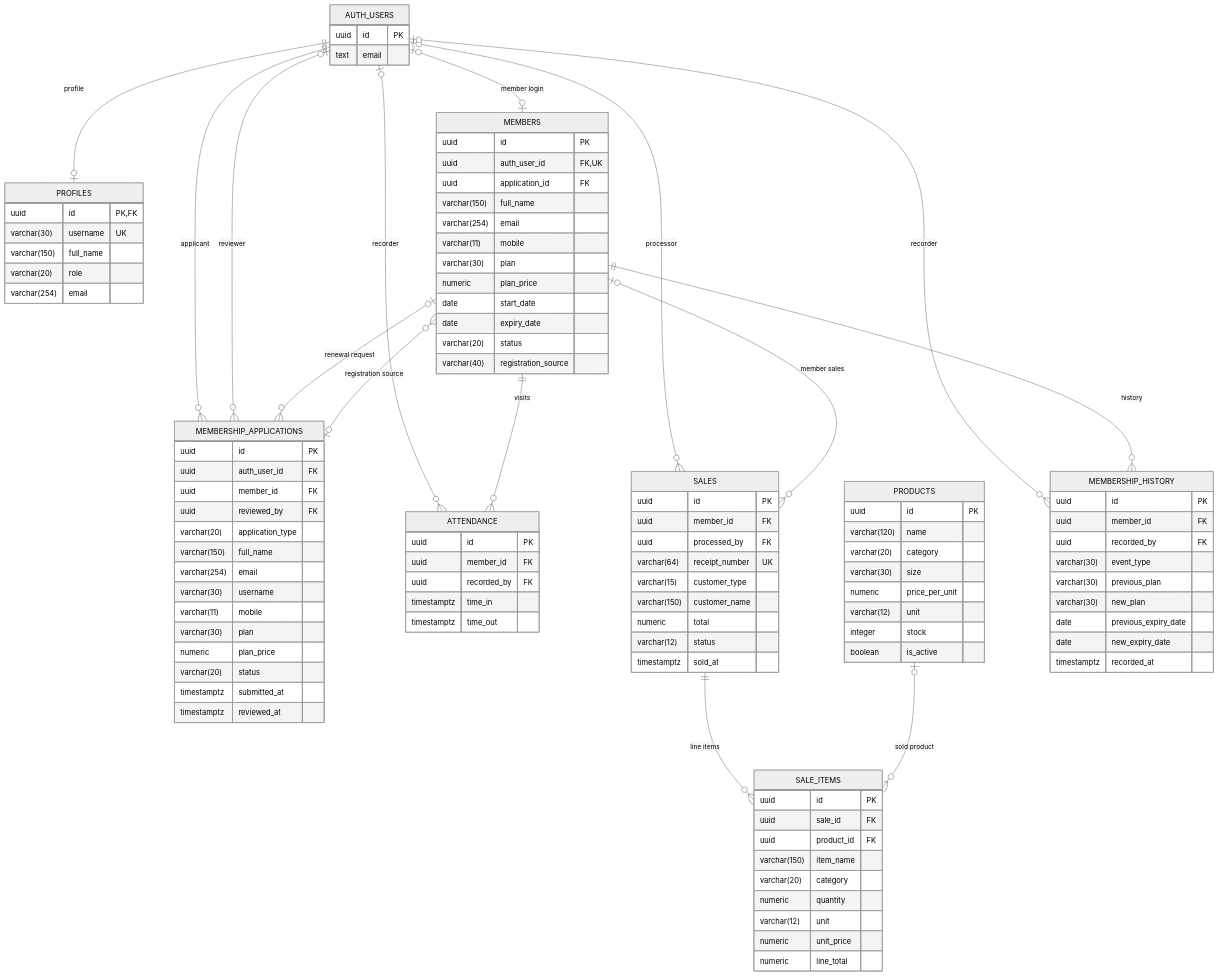
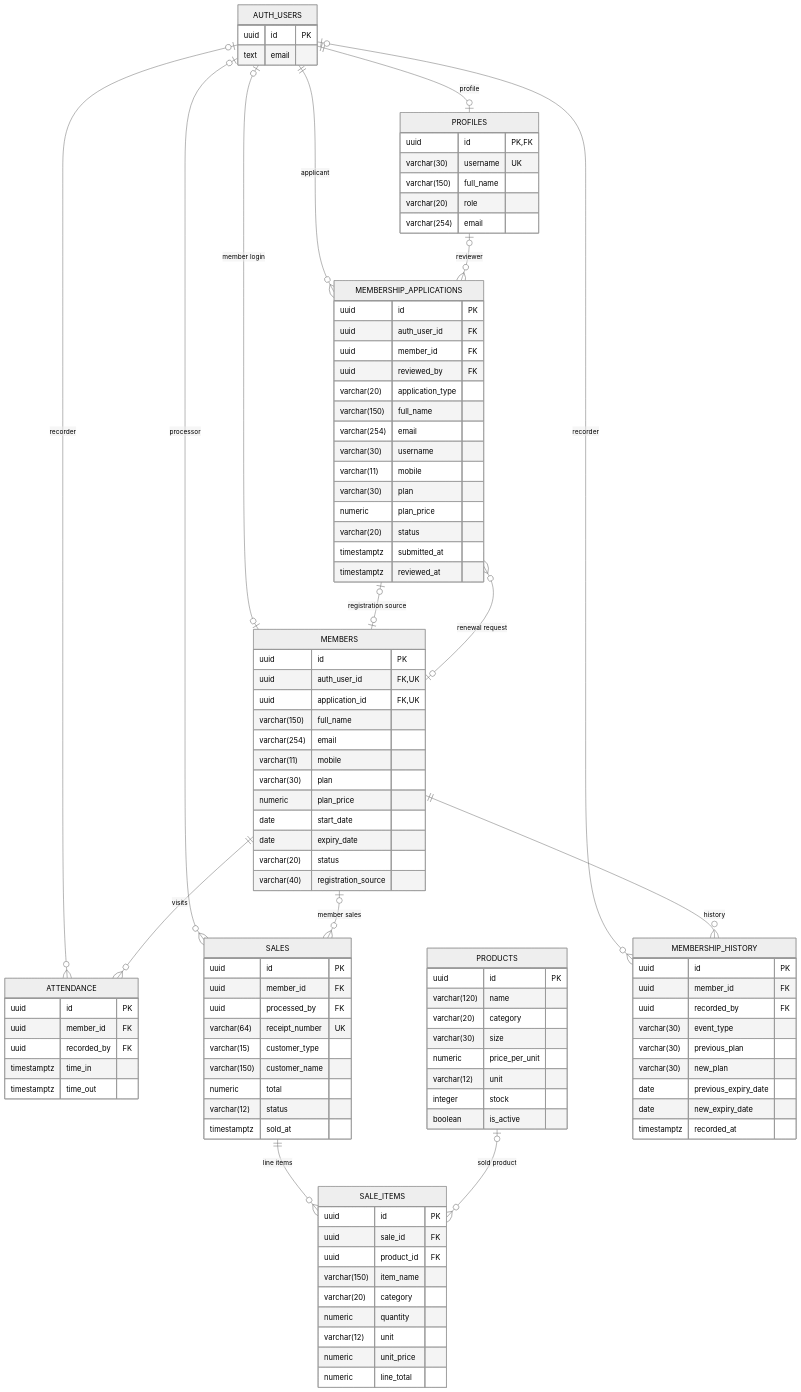
The diagram in Documentations/iron-grind-erd-simplified.mmd (IronGrind/irongrind.github.io), drawn with Mermaid (neutral theme) before and after one commit. The commit also changed 1 other file, not shown here.

Commit message:
Update ERD documentation to reflect changes in relationships and constraints

```diff
--- a/Documentations/iron-grind-erd-simplified.mmd
+++ b/Documentations/iron-grind-erd-simplified.mmd
@@ -1,121 +1,121 @@
 erDiagram
     direction TB
     %% Simplified view of the project database: core fields and declared foreign keys.
     %% AUTH_USERS represents Supabase auth.users, which is managed outside public.
     %% Nullable foreign keys and uniqueness are shown where they affect relationships.
 
     AUTH_USERS {
         uuid id PK
         text email
     }
 
     PROFILES {
         uuid id PK,FK
         varchar(30) username UK
         varchar(150) full_name
         varchar(20) role
         varchar(254) email
     }
 
     MEMBERS {
         uuid id PK
         uuid auth_user_id FK,UK
-        uuid application_id FK
+        uuid application_id FK,UK
         varchar(150) full_name
         varchar(254) email
         varchar(11) mobile
         varchar(30) plan
         numeric plan_price
         date start_date
         date expiry_date
         varchar(20) status
         varchar(40) registration_source
     }
 
     MEMBERSHIP_APPLICATIONS {
         uuid id PK
         uuid auth_user_id FK
         uuid member_id FK
         uuid reviewed_by FK
         varchar(20) application_type
         varchar(150) full_name
         varchar(254) email
         varchar(30) username
         varchar(11) mobile
         varchar(30) plan
         numeric plan_price
         varchar(20) status
         timestamptz submitted_at
         timestamptz reviewed_at
     }
 
     ATTENDANCE {
         uuid id PK
         uuid member_id FK
         uuid recorded_by FK
         timestamptz time_in
         timestamptz time_out
     }
 
     PRODUCTS {
         uuid id PK
         varchar(120) name
         varchar(20) category
         varchar(30) size
         numeric price_per_unit
         varchar(12) unit
         integer stock
         boolean is_active
     }
 
     SALES {
         uuid id PK
         uuid member_id FK
         uuid processed_by FK
         varchar(64) receipt_number UK
         varchar(15) customer_type
         varchar(150) customer_name
         numeric total
         varchar(12) status
         timestamptz sold_at
     }
 
     SALE_ITEMS {
         uuid id PK
         uuid sale_id FK
         uuid product_id FK
         varchar(150) item_name
         varchar(20) category
         numeric quantity
         varchar(12) unit
         numeric unit_price
         numeric line_total
     }
 
     MEMBERSHIP_HISTORY {
         uuid id PK
         uuid member_id FK
         uuid recorded_by FK
         varchar(30) event_type
         varchar(30) previous_plan
         varchar(30) new_plan
         date previous_expiry_date
         date new_expiry_date
         timestamptz recorded_at
     }
 
     AUTH_USERS ||--o| PROFILES : "profile"
     AUTH_USERS o|--o| MEMBERS : "member login"
     AUTH_USERS ||--o{ MEMBERSHIP_APPLICATIONS : "applicant"
-    AUTH_USERS o|--o{ MEMBERSHIP_APPLICATIONS : "reviewer"
     AUTH_USERS o|--o{ ATTENDANCE : "recorder"
     AUTH_USERS o|--o{ SALES : "processor"
     AUTH_USERS o|--o{ MEMBERSHIP_HISTORY : "recorder"
 
+    PROFILES o|--o{ MEMBERSHIP_APPLICATIONS : "reviewer"
     MEMBERS o|--o{ MEMBERSHIP_APPLICATIONS : "renewal request"
-    MEMBERSHIP_APPLICATIONS o|--o{ MEMBERS : "registration source"
+    MEMBERSHIP_APPLICATIONS o|--o| MEMBERS : "registration source"
     MEMBERS ||--o{ ATTENDANCE : "visits"
     MEMBERS o|--o{ SALES : "member sales"
     MEMBERS ||--o{ MEMBERSHIP_HISTORY : "history"
     SALES ||--o{ SALE_ITEMS : "line items"
     PRODUCTS o|--o{ SALE_ITEMS : "sold product"
```
